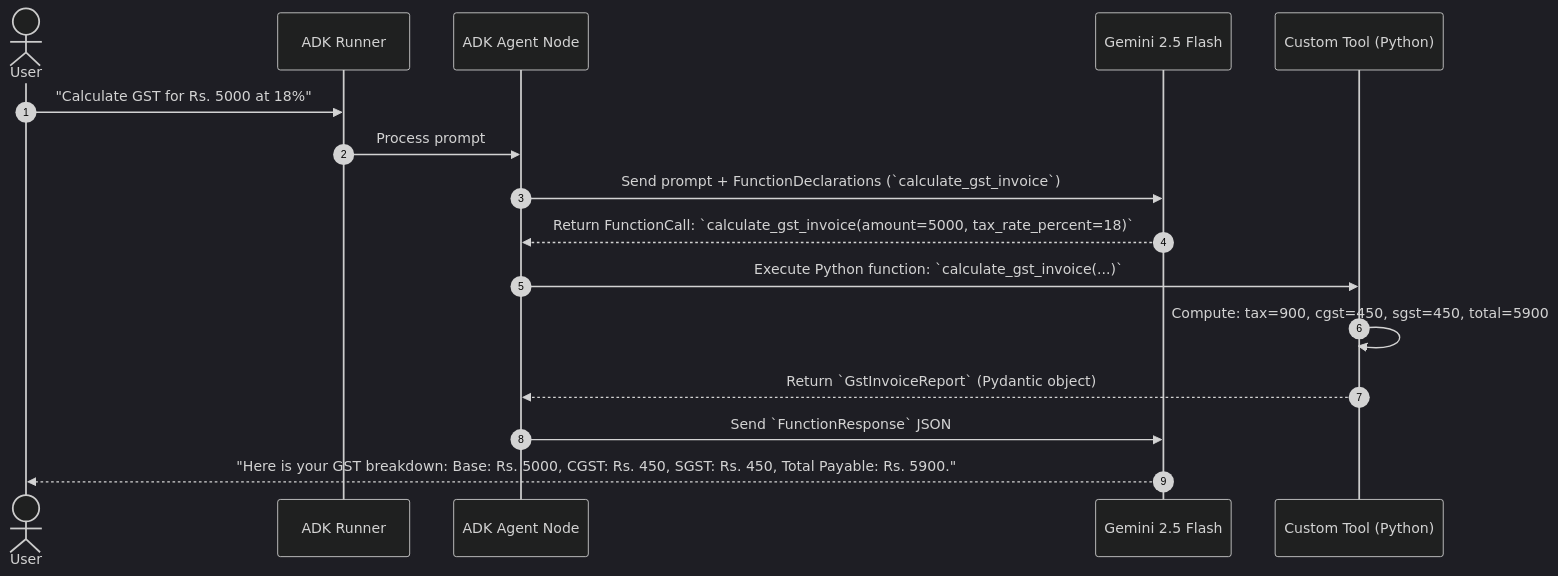
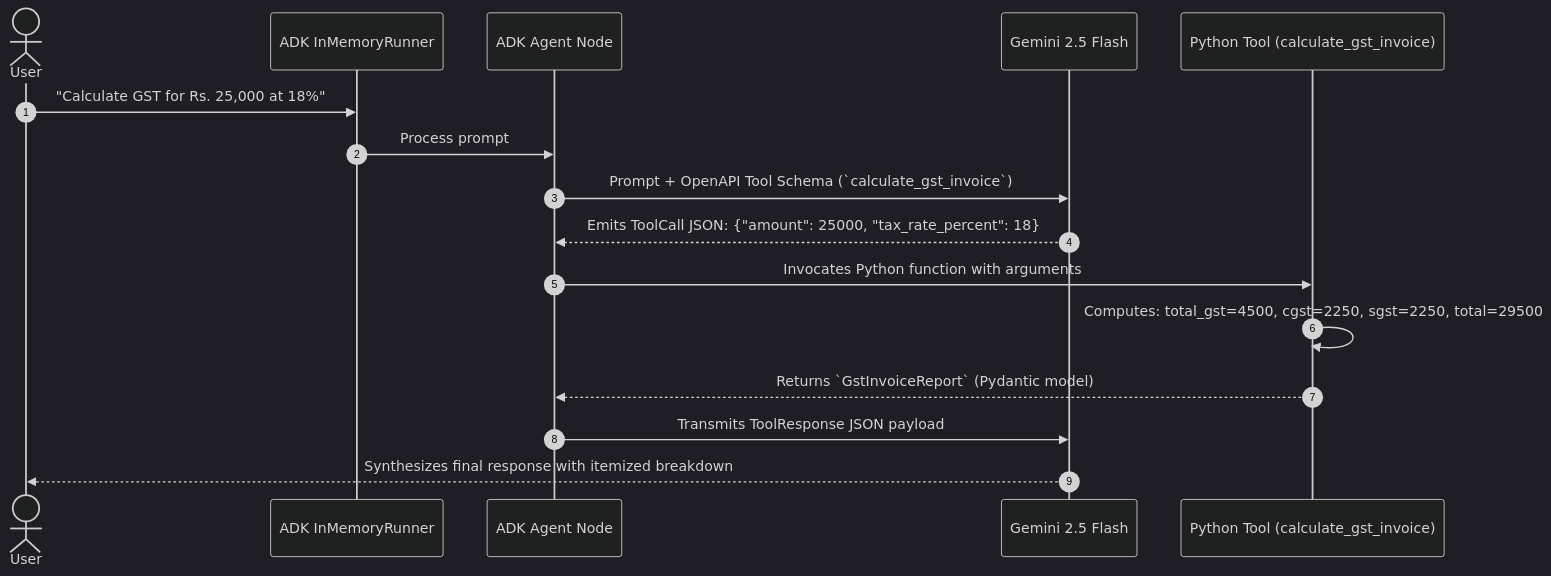
One commit to inderanz/google-adk-training changed the diagram in training/module09-intro-custom-function-tools/lab-solution.md. Above: the diagram before and after it, drawn with Mermaid (dark theme). The commit also changed other lines of this file and 7 other files, not shown here.

Commit message:
feat(module09): align with official ADK custom tools, enterprise storytelling, and pydantic contracts

````diff
--- a/training/module09-intro-custom-function-tools/lab-solution.md
+++ b/training/module09-intro-custom-function-tools/lab-solution.md
@@ -281,19 +344,19 @@
 ```mermaid
 sequenceDiagram
     autonumber
     actor User
-    participant Runner as ADK Runner
+    participant Runner as ADK InMemoryRunner
     participant Agent as ADK Agent Node
     participant Gemini as Gemini 2.5 Flash
-    participant Tool as Custom Tool (Python)
+    participant Tool as Python Tool (calculate_gst_invoice)
 
-    User->>Runner: "Calculate GST for Rs. 5000 at 18%"
+    User->>Runner: "Calculate GST for Rs. 25,000 at 18%"
     Runner->>Agent: Process prompt
-    Agent->>Gemini: Send prompt + FunctionDeclarations (`calculate_gst_invoice`)
-    Gemini-->>Agent: Return FunctionCall: `calculate_gst_invoice(amount=5000, tax_rate_percent=18)`
-    Agent->>Tool: Execute Python function: `calculate_gst_invoice(...)`
-    Tool->>Tool: Compute: tax=900, cgst=450, sgst=450, total=5900
-    Tool-->>Agent: Return `GstInvoiceReport` (Pydantic object)
-    Agent->>Gemini: Send `FunctionResponse` JSON
-    Gemini-->>User: "Here is your GST breakdown: Base: Rs. 5000, CGST: Rs. 450, SGST: Rs. 450, Total Payable: Rs. 5900."
+    Agent->>Gemini: Prompt + OpenAPI Tool Schema (`calculate_gst_invoice`)
+    Gemini-->>Agent: Emits ToolCall JSON: {"amount": 25000, "tax_rate_percent": 18}
+    Agent->>Tool: Invocates Python function with arguments
+    Tool->>Tool: Computes: total_gst=4500, cgst=2250, sgst=2250, total=29500
+    Tool-->>Agent: Returns `GstInvoiceReport` (Pydantic model)
+    Agent->>Gemini: Transmits ToolResponse JSON payload
+    Gemini-->>User: Synthesizes final response with itemized breakdown
 ```
````
